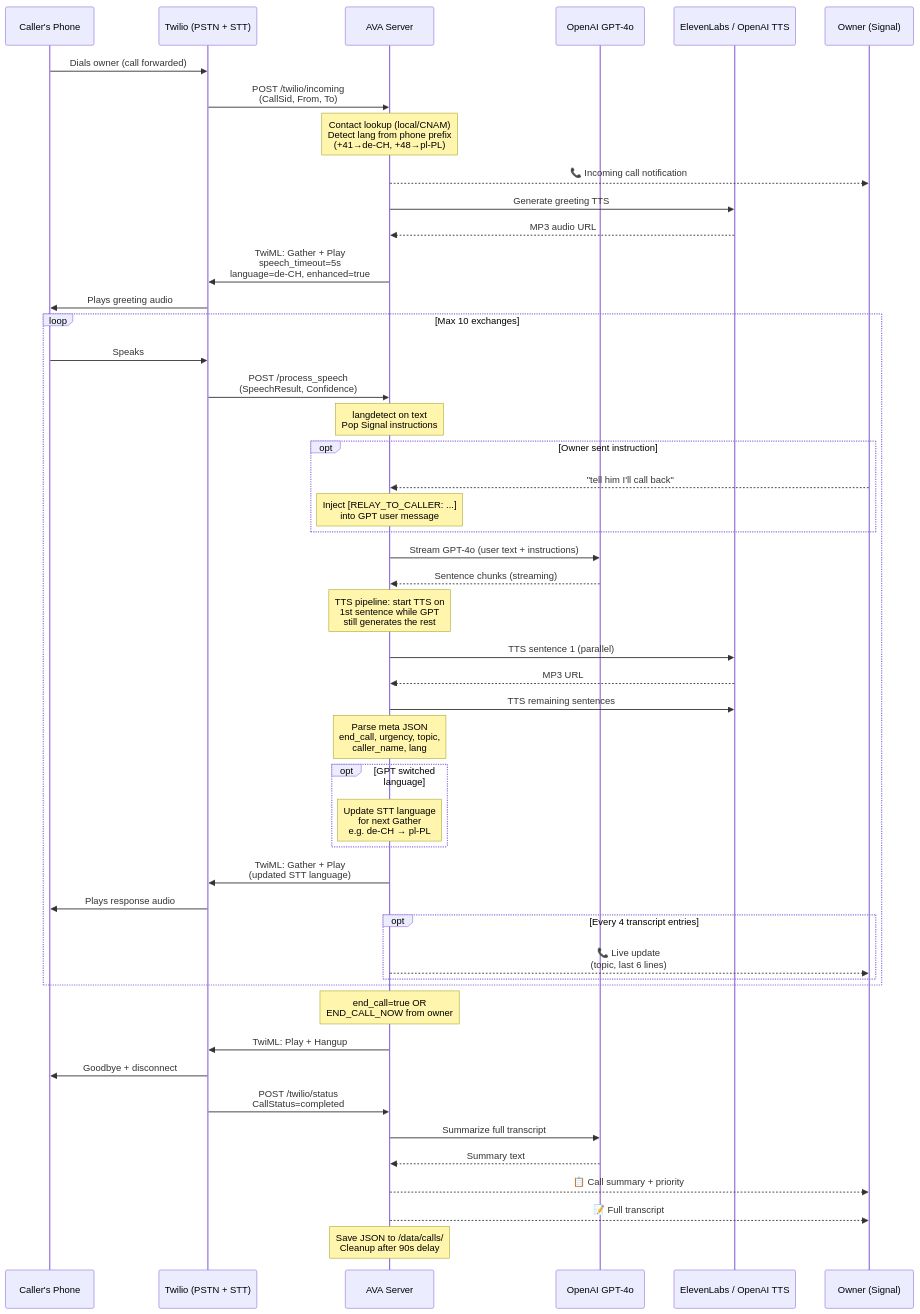
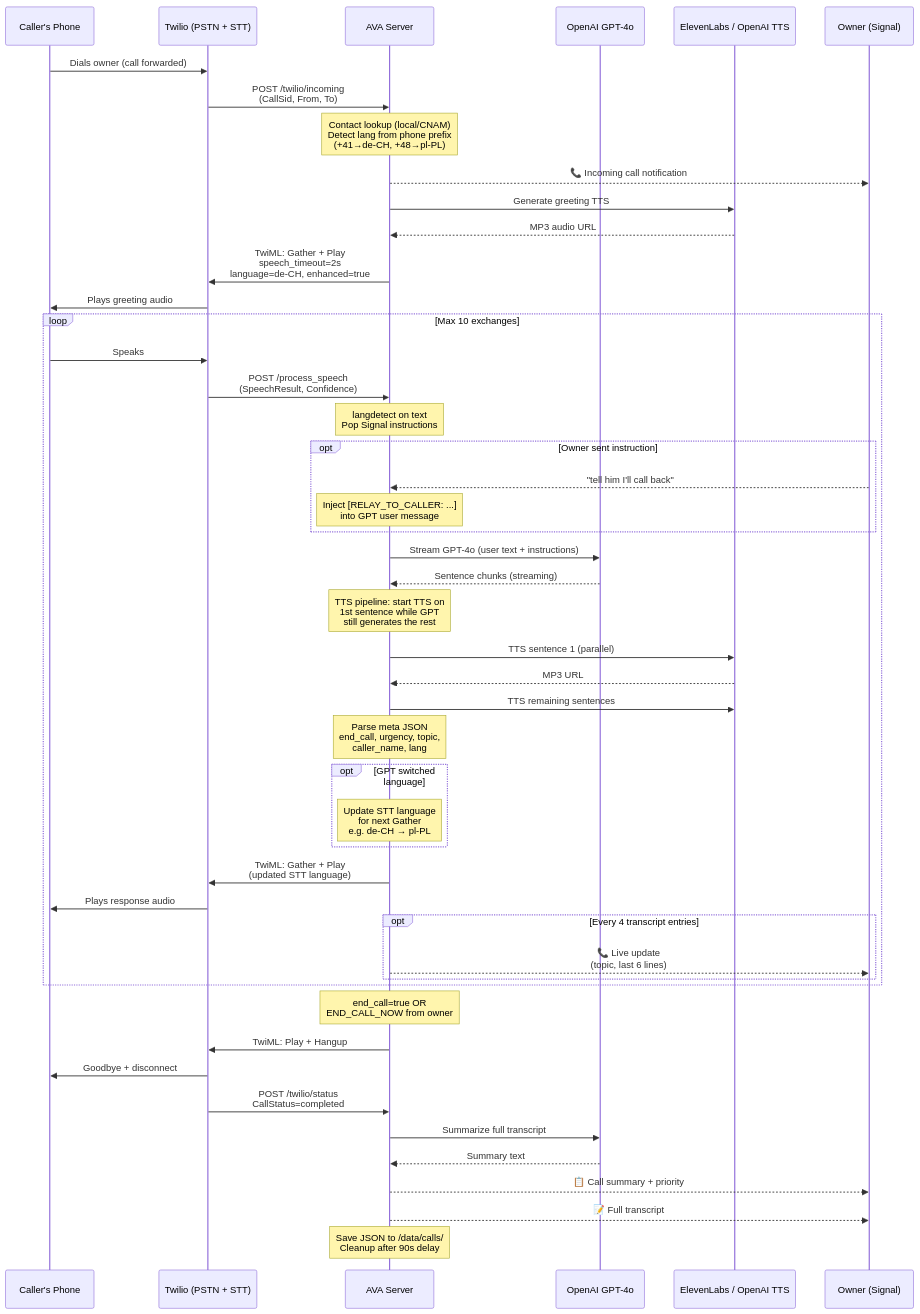
Before and after one commit to dzaczek/ava: the second of 7 diagrams in README.md, drawn with Mermaid. The commit also changed other lines of this file and 2 other files, not shown here.

````diff
--- a/README.md
+++ b/README.md
@@ -79,69 +79,69 @@
 ```mermaid
 sequenceDiagram
     participant Caller as Caller's Phone
     participant Twilio as Twilio (PSTN + STT)
     participant AVA as AVA Server
     participant GPT as OpenAI GPT-4o
     participant TTS as ElevenLabs / OpenAI TTS
     participant Signal as Owner (Signal)
 
     Caller->>Twilio: Dials owner (call forwarded)
     Twilio->>AVA: POST /twilio/incoming<br/>(CallSid, From, To)
 
     Note over AVA: Contact lookup (local/CNAM)<br/>Detect lang from phone prefix<br/>(+41→de-CH, +48→pl-PL)
 
     AVA-->>Signal: 📞 Incoming call notification
     AVA->>TTS: Generate greeting TTS
     TTS-->>AVA: MP3 audio URL
 
-    AVA->>Twilio: TwiML: Gather + Play<br/>speech_timeout=5s<br/>language=de-CH, enhanced=true
+    AVA->>Twilio: TwiML: Gather + Play<br/>speech_timeout=2s<br/>language=de-CH, enhanced=true
     Twilio->>Caller: Plays greeting audio
 
     loop Max 10 exchanges
         Caller->>Twilio: Speaks
         Twilio->>AVA: POST /process_speech<br/>(SpeechResult, Confidence)
 
         Note over AVA: langdetect on text<br/>Pop Signal instructions
 
         opt Owner sent instruction
             Signal-->>AVA: "tell him I'll call back"
             Note over AVA: Inject [RELAY_TO_CALLER: ...]<br/>into GPT user message
         end
 
         AVA->>GPT: Stream GPT-4o (user text + instructions)
         GPT-->>AVA: Sentence chunks (streaming)
 
         Note over AVA: TTS pipeline: start TTS on<br/>1st sentence while GPT<br/>still generates the rest
 
         AVA->>TTS: TTS sentence 1 (parallel)
         TTS-->>AVA: MP3 URL
         AVA->>TTS: TTS remaining sentences
 
         Note over AVA: Parse meta JSON<br/>end_call, urgency, topic,<br/>caller_name, lang
 
         opt GPT switched language
             Note over AVA: Update STT language<br/>for next Gather<br/>e.g. de-CH → pl-PL
         end
 
         AVA->>Twilio: TwiML: Gather + Play<br/>(updated STT language)
         Twilio->>Caller: Plays response audio
 
         opt Every 4 transcript entries
             AVA-->>Signal: 📞 Live update<br/>(topic, last 6 lines)
         end
     end
 
     Note over AVA: end_call=true OR<br/>END_CALL_NOW from owner
 
     AVA->>Twilio: TwiML: Play + Hangup
     Twilio->>Caller: Goodbye + disconnect
 
     Twilio->>AVA: POST /twilio/status<br/>CallStatus=completed
 
     AVA->>GPT: Summarize full transcript
     GPT-->>AVA: Summary text
     AVA-->>Signal: 📋 Call summary + priority
     AVA-->>Signal: 📝 Full transcript
 
     Note over AVA: Save JSON to /data/calls/<br/>Cleanup after 90s delay
 ```
````
